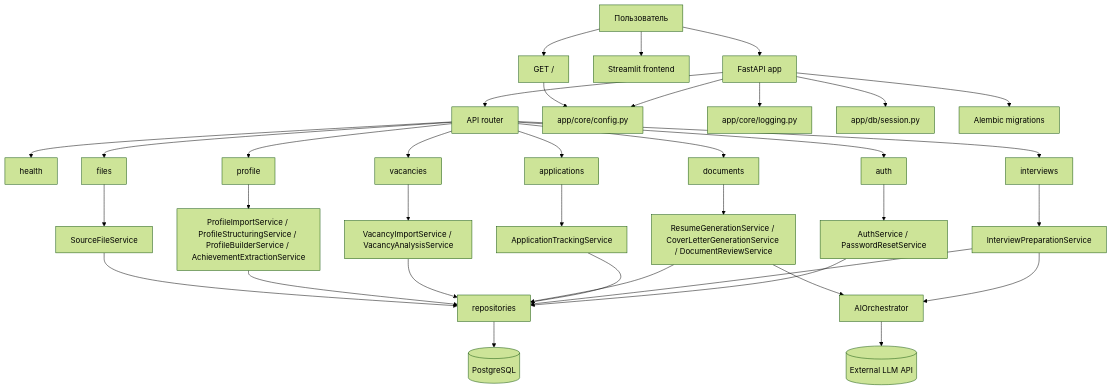
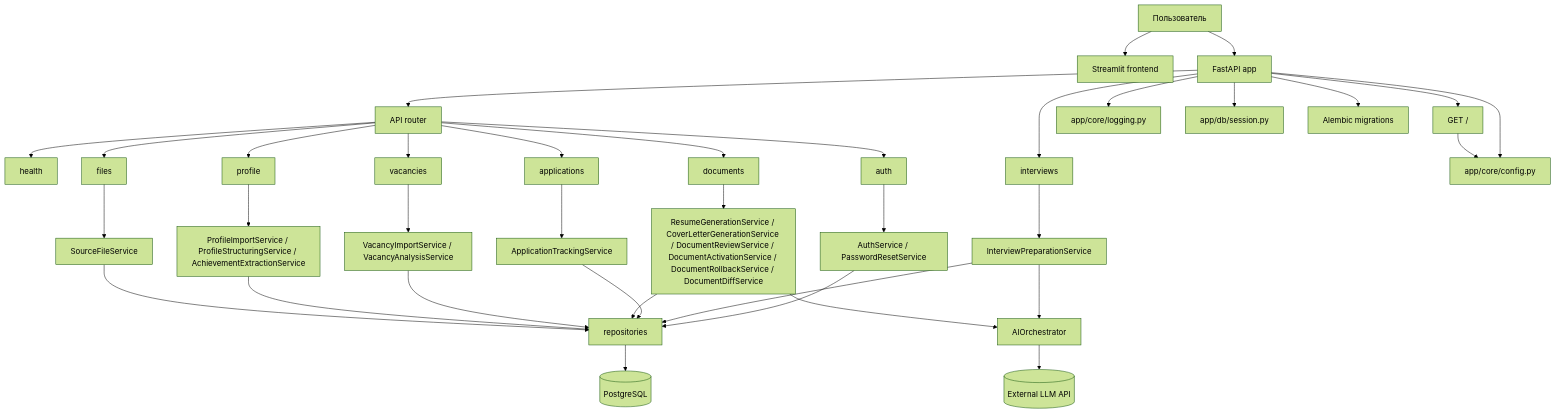
The diagram in docs/project-structure.md (Alexsey111/career-copilot), drawn with Mermaid (forest theme) before and after one commit. The commit also changed other lines of this file and 13 other files, not shown here.

````diff
--- a/docs/project-structure.md
+++ b/docs/project-structure.md
@@ -7,42 +7,43 @@
 ```mermaid
 flowchart TD
-    U[Пользователь] --> API[FastAPI app]
-    U --> FE[Streamlit frontend]
-    U --> ROOT[GET /]
+    U[Пользователь] --> FE[Streamlit frontend]
+    U --> API[FastAPI app]
+    API --> ROOT[GET /]
+
     API --> RT[API router]
-    RT --> R1[health]
-    RT --> R8[auth]
-    RT --> R2[files]
-    RT --> R3[profile]
-    RT --> R4[vacancies]
-    RT --> R5[documents]
-    RT --> R6[applications]
-    RT --> R7[interviews]
+    RT --> H[health]
+    RT --> A[auth]
+    RT --> F[files]
+    RT --> P[profile]
+    RT --> V[vacancies]
+    RT --> D[documents]
+    RT --> R[applications]
+    API --> I[interviews]
 
-    R2 --> S1[SourceFileService]
-    R3 --> S2[ProfileImportService / ProfileStructuringService / ProfileBuilderService / AchievementExtractionService]
-    R4 --> S3[VacancyImportService / VacancyAnalysisService]
-    R5 --> S4[ResumeGenerationService / CoverLetterGenerationService / DocumentReviewService]
-    R6 --> S5[ApplicationTrackingService]
-    R7 --> S6[InterviewPreparationService]
-    R8 --> S7[AuthService / PasswordResetService]
+    F --> S1[SourceFileService]
+    P --> S2[ProfileImportService / ProfileStructuringService / AchievementExtractionService]
+    V --> S3[VacancyImportService / VacancyAnalysisService]
+    D --> S4[ResumeGenerationService / CoverLetterGenerationService / DocumentReviewService / DocumentActivationService / DocumentRollbackService / DocumentDiffService]
+    R --> S5[ApplicationTrackingService]
+    I --> S6[InterviewPreparationService]
+    A --> S7[AuthService / PasswordResetService]
 
     S1 --> REP[repositories]
     S2 --> REP
     S3 --> REP
     S4 --> REP
     S5 --> REP
     S6 --> REP
     S7 --> REP
     REP --> DB[(PostgreSQL)]
 
     S4 --> AI[AIOrchestrator]
     S6 --> AI
     AI --> EXT[(External LLM API)]
 
     ROOT --> CFG[app/core/config.py]
     API --> CFG[app/core/config.py]
     API --> LOG[app/core/logging.py]
     API --> DBS[app/db/session.py]
     API --> ALEMBIC[Alembic migrations]
 ```
````
